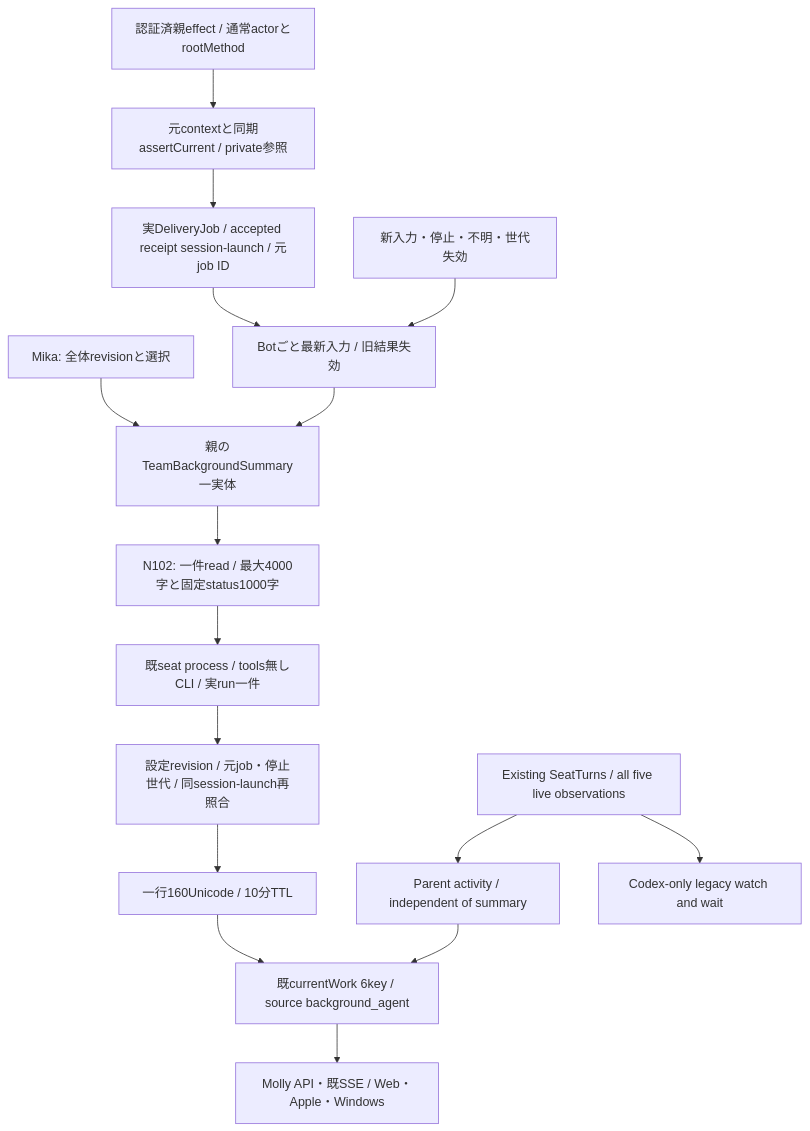
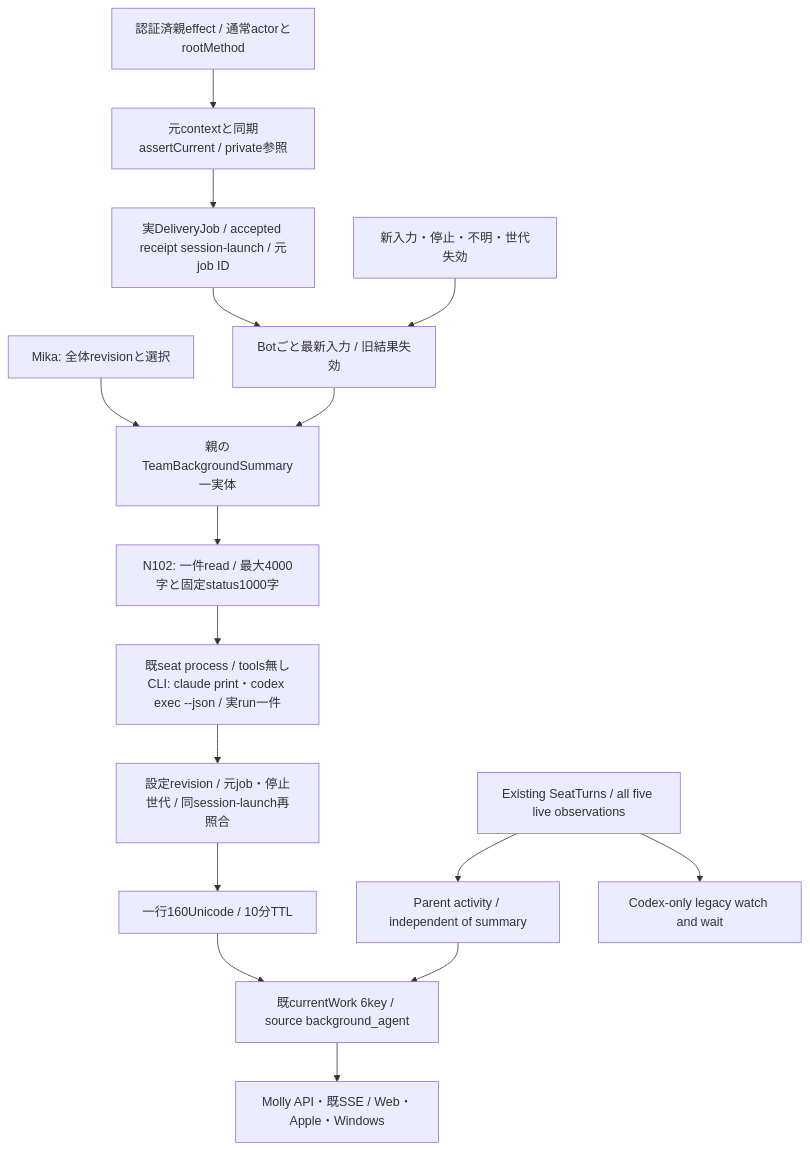
One commit to kitepon/BellTeam changed the diagram in docs/architecture/modules/execution/current-work.md. Above: the diagram before and after it, drawn with Mermaid. The commit also changed other lines of this file and 2 other files, not shown here.

Commit message:
execution: add the Codex branch to the background work-summary runner
Production selects codex/gpt-6-luna/low for the work-summary agent, but the
runner rejected every non-Claude harness with
BACKGROUND_SUMMARY_HARNESS_UNSUPPORTED, and the worker swallows that failure,
so every Bot's summaryStatus stayed "missing". The runner now owns the Codex
argv (codex exec --json --ephemeral, no user config/rules/AGENTS, read-only
sandbox, input on stdin) and parses the JSONL result directly; the diagram no
longer waits for an Aiterm adapter.

````diff
--- a/docs/architecture/modules/execution/current-work.md
+++ b/docs/architecture/modules/execution/current-work.md
@@ -5,18 +5,18 @@
 ```mermaid
 flowchart TD
   Settings[Mika: 全体revisionと選択] --> Worker[親のTeamBackgroundSummary一実体]
   Effect[認証済親effect / 通常actorとrootMethod] --> Authority[元contextと同期assertCurrent / private参照]
   Authority --> Job[実DeliveryJob / accepted receipt session-launch / 元job ID]
   Job --> Latest[Botごと最新入力 / 旧結果失効]
   Latest --> Worker
   Worker --> Reader[N102: 一件read / 最大4000字と固定status1000字]
-  Reader --> Runner[既seat process / tools無しCLI / 実run一件]
+  Reader --> Runner[既seat process / tools無しCLI: claude print・codex exec --json / 実run一件]
   Runner --> Check[設定revision / 元job・停止世代 / 同session-launch再照合]
   Check --> Memory[一行160Unicode / 10分TTL]
   Native[Existing SeatTurns / all five live observations] --> State[Parent activity / independent of summary]
   Native --> Legacy[Codex-only legacy watch and wait]
   Memory --> DTO[既currentWork 6key / source background_agent]
   State --> DTO
   DTO --> Public[Molly API・既SSE / Web・Apple・Windows]
   End[新入力・停止・不明・世代失効] --> Latest
 ```
````
